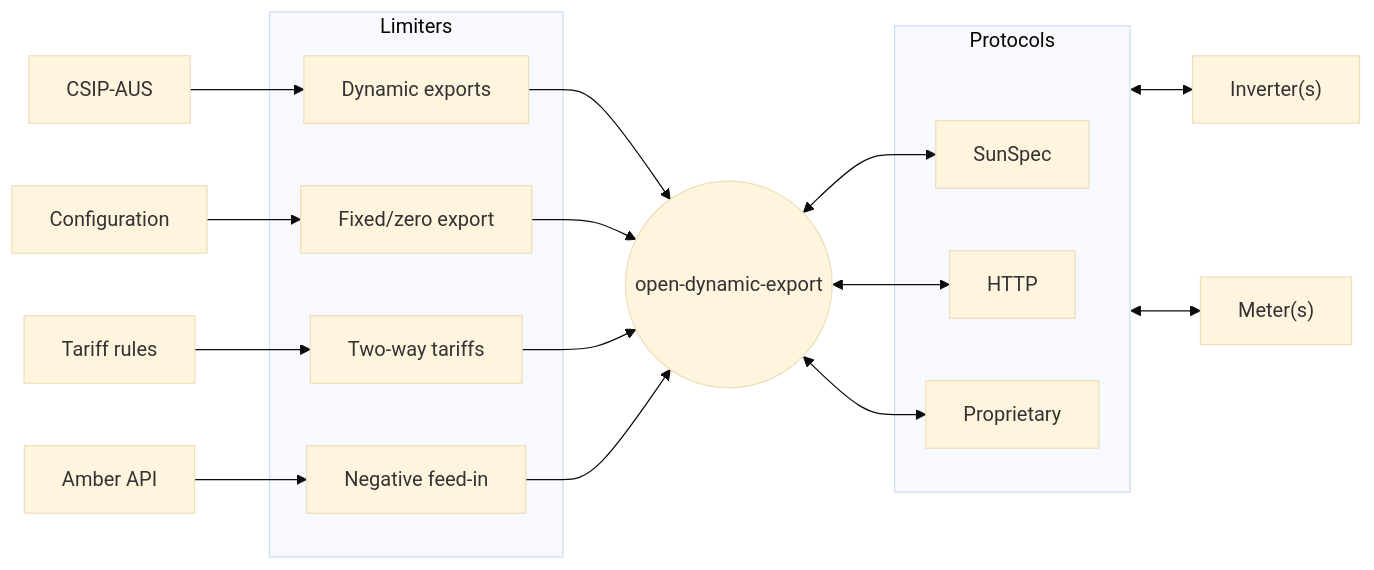
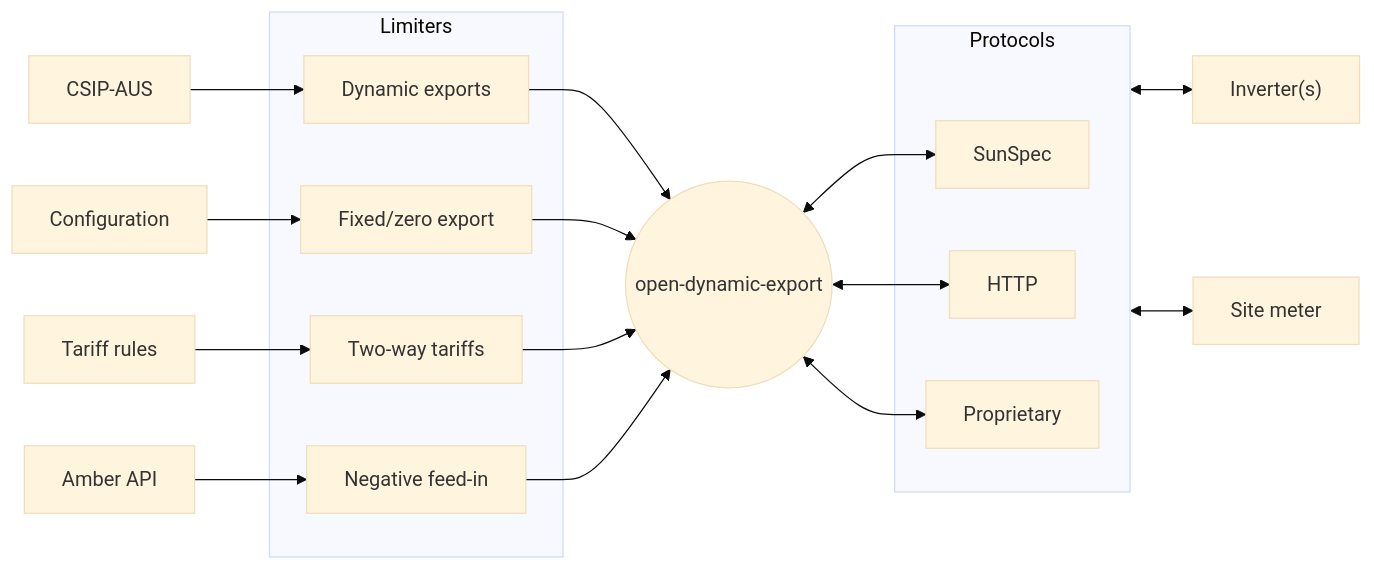
The first of 2 diagrams in README.md (longzheng/open-dynamic-export), drawn with Mermaid (base theme) before and after one commit. The commit also changed other lines of this file, not shown here.

````diff
--- a/README.md
+++ b/README.md
@@ -11,27 +11,27 @@
 ```mermaid
 flowchart LR
     ODE(("open-dynamic-export"))
     I["Inverter(s)"]
-    M["Meter(s)"]
+    M["Site meter"]
 
     CSIP-AUS --> DC
     DC & F & T & NFI --> ODE
     Configuration --> F
     A["Amber API"] --> NFI
     R["Tariff rules"] --> T
     ODE <--> SunSpec & HTTP & Proprietary
     Protocols <--> I & M
 
     subgraph Limiters
     DC["Dynamic exports"]
     F["Fixed/zero export"]
     T["Two-way tariffs"]
     NFI["Negative feed-in"]
     end
 
     subgraph Protocols
     SunSpec
     HTTP
     Proprietary
     end
 ```
````
